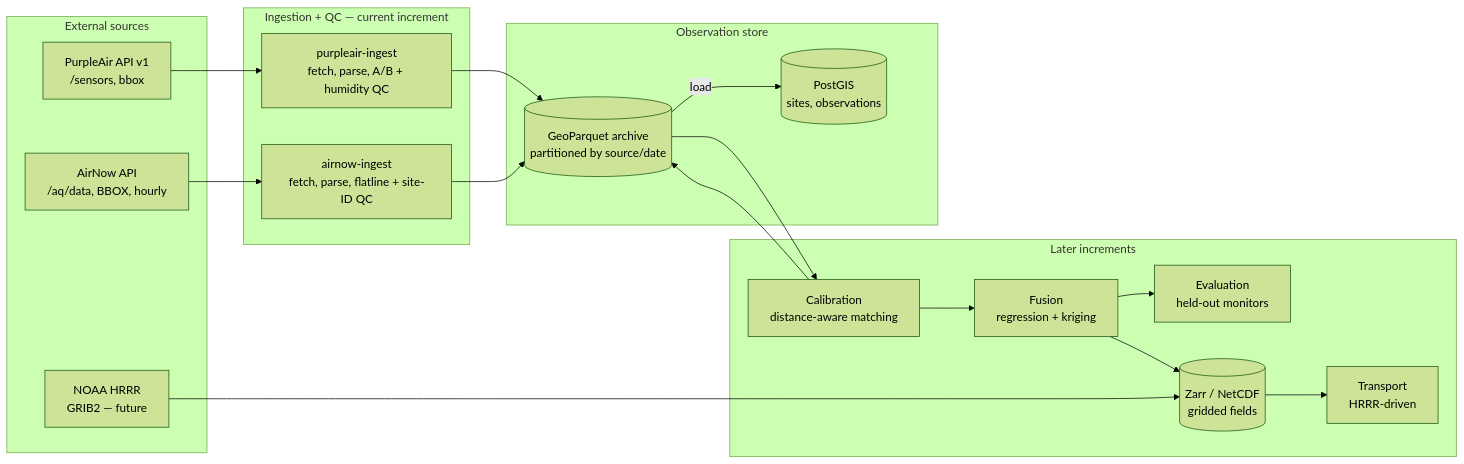
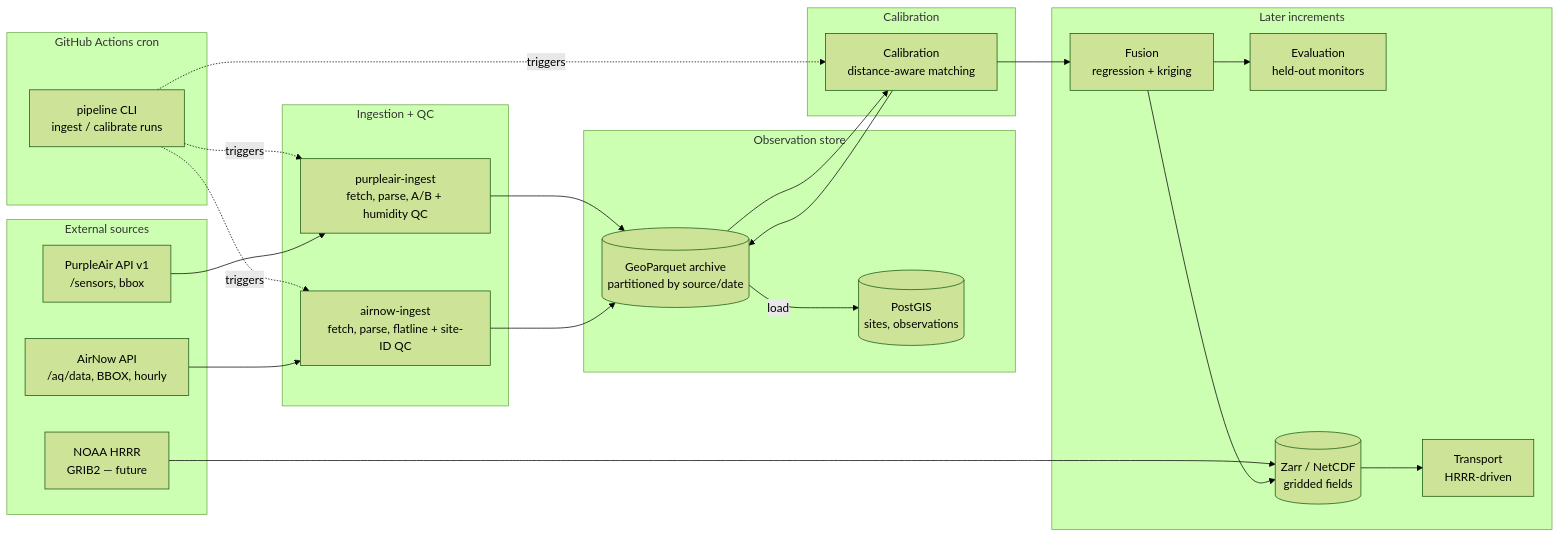
Before and after one commit to mattjtravers/air-quality-digital-twin: the diagram in docs/high-level-design.md, drawn with Mermaid (forest theme). The commit also changed other lines of this file and 32 other files, not shown here.

````diff
--- a/docs/high-level-design.md
+++ b/docs/high-level-design.md
@@ -125,34 +128,44 @@
 ```mermaid
 flowchart LR
+    subgraph schedule [GitHub Actions cron]
+        SCH[pipeline CLI<br/>ingest / calibrate runs]
+    end
+
     subgraph sources [External sources]
         PA[PurpleAir API v1<br/>/sensors, bbox]
         AN[AirNow API<br/>/aq/data, BBOX, hourly]
         HR[NOAA HRRR<br/>GRIB2 — future]
     end
 
-    subgraph ingest [Ingestion + QC — current increment]
+    subgraph ingest [Ingestion + QC]
         PAI[purpleair-ingest<br/>fetch, parse, A/B + humidity QC]
         ANI[airnow-ingest<br/>fetch, parse, flatline + site-ID QC]
     end
 
     subgraph store [Observation store]
         ARC[(GeoParquet archive<br/>partitioned by source/date)]
         PG[(PostGIS<br/>sites, observations)]
     end
 
+    subgraph calibration [Calibration]
+        CAL[Calibration<br/>distance-aware matching]
+    end
+
     subgraph future [Later increments]
-        CAL[Calibration<br/>distance-aware matching]
         FUS[Fusion<br/>regression + kriging]
         TRN[Transport<br/>HRRR-driven]
         EVL[Evaluation<br/>held-out monitors]
         ZR[(Zarr / NetCDF<br/>gridded fields)]
     end
 
+    SCH -.->|triggers| PAI
+    SCH -.->|triggers| ANI
+    SCH -.->|triggers| CAL
     PA --> PAI --> ARC
     AN --> ANI --> ARC
     ARC -->|load| PG
     ARC --> CAL --> ARC
     CAL --> FUS --> EVL
     HR --> ZR --> TRN
     FUS --> ZR
 ```
````
